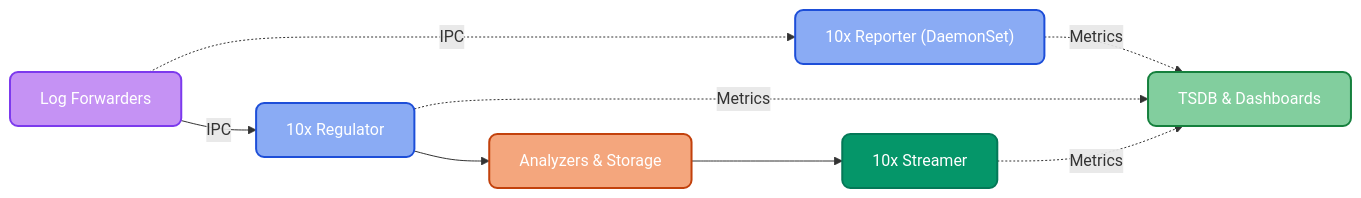
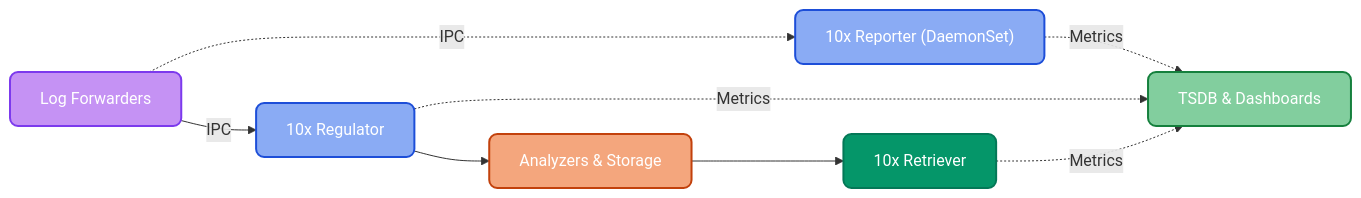
The diagram in apps/doc.md (log-10x/modules), drawn with Mermaid before and after one commit. The commit also changed other lines of this file and 28 other files, not shown here.

First line of the commit message:
refactor: rename apps/streamer → apps/retriever (#20)

````diff
--- a/apps/doc.md
+++ b/apps/doc.md
@@ -11,23 +11,23 @@
 ```mermaid
 graph LR
     Forwarders["Log Forwarders"] -->|IPC| Edge["10x Regulator"]
     Edge --> Analyzers["Analyzers & Storage"]
     Forwarders -.->|IPC| Reporter["10x Reporter (DaemonSet)"]
-    Analyzers --> Cloud["10x Streamer"]
+    Analyzers --> Cloud["10x Retriever"]
     Reporter -.->|Metrics| Console["TSDB & Dashboards"]
     Edge -.->|Metrics| Console
     Cloud -.->|Metrics| Console
 
     classDef forwarders fill:#9333ea88,stroke:#7c3aed,color:#ffffff,stroke-width:2px,rx:8,ry:8
     classDef edge fill:#2563eb88,stroke:#1d4ed8,color:#ffffff,stroke-width:2px,rx:8,ry:8
     classDef analyzers fill:#ea580c88,stroke:#c2410c,color:#ffffff,stroke-width:2px,rx:8,ry:8
     classDef cloud fill:#059669,stroke:#047857,color:#ffffff,stroke-width:2px,rx:8,ry:8
     classDef console fill:#16a34a88,stroke:#15803d,color:#ffffff,stroke-width:2px,rx:8,ry:8
 
     class Forwarders forwarders
     class Edge edge
     class Reporter edge
     class Analyzers analyzers
     class Cloud cloud
     class Console console
 ```
````
